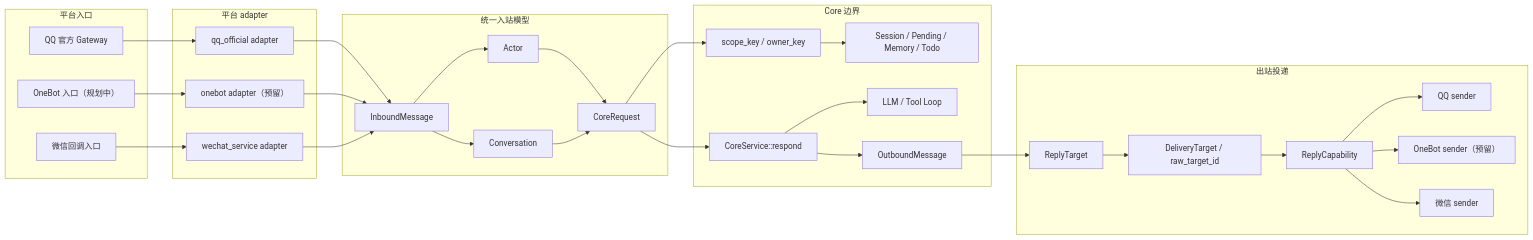
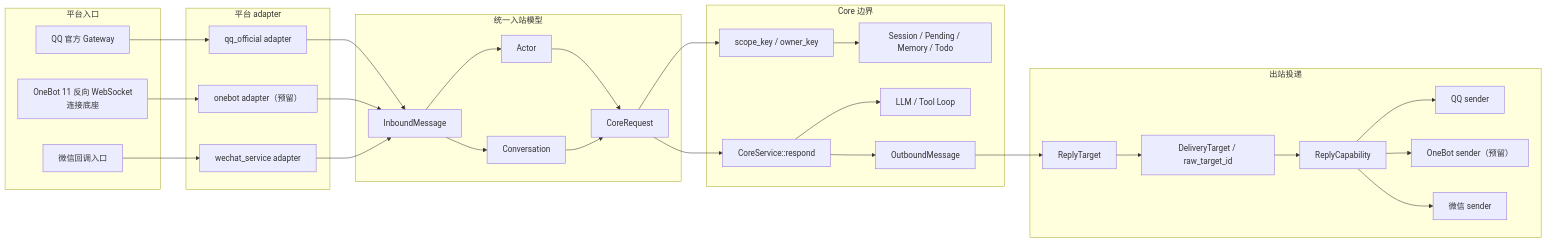
One commit to kuliantnt/qq-maid-bot changed the diagram in qq-maid-gateway-rs/README.md. Above: the diagram before and after it, drawn with Mermaid. The commit also changed other lines of this file and 24 other files, not shown here.

First line of the commit message:
feat: 建立 OneBot 11 配置与反向 WebSocket 连接底座 (#445)

````diff
--- a/qq-maid-gateway-rs/README.md
+++ b/qq-maid-gateway-rs/README.md
@@ -7,52 +7,52 @@
 ```mermaid
 flowchart LR
     subgraph platform_in["平台入口"]
         qq["QQ 官方 Gateway"]
-        onebot["OneBot 入口（规划中）"]
+        onebot["OneBot 11 反向 WebSocket<br/>连接底座"]
         wechat["微信回调入口"]
     end
 
     subgraph adapters["平台 adapter"]
         qq_adapter["qq_official adapter"]
         onebot_adapter["onebot adapter（预留）"]
         wechat_adapter["wechat_service adapter"]
     end
 
     subgraph inbound["统一入站模型"]
         inbound_msg["InboundMessage"]
         actor["Actor"]
         conversation["Conversation"]
         core_request["CoreRequest"]
     end
 
     subgraph core["Core 边界"]
         core_service["CoreService::respond"]
         business_keys["scope_key / owner_key"]
         state["Session / Pending / Memory / Todo"]
         llm["LLM / Tool Loop"]
         outbound_msg["OutboundMessage"]
     end
 
     subgraph outbound["出站投递"]
         reply_target["ReplyTarget"]
         delivery_target["DeliveryTarget / raw_target_id"]
         capability["ReplyCapability"]
         qq_sender["QQ sender"]
         onebot_sender["OneBot sender（预留）"]
         wechat_sender["微信 sender"]
     end
 
     qq --> qq_adapter --> inbound_msg
     onebot --> onebot_adapter --> inbound_msg
     wechat --> wechat_adapter --> inbound_msg
     inbound_msg --> actor --> core_request
     inbound_msg --> conversation --> core_request
     core_request --> core_service
     core_request --> business_keys --> state
     core_service --> llm
     core_service --> outbound_msg
     outbound_msg --> reply_target --> delivery_target --> capability
     capability --> qq_sender
     capability --> onebot_sender
     capability --> wechat_sender
 ```
````
